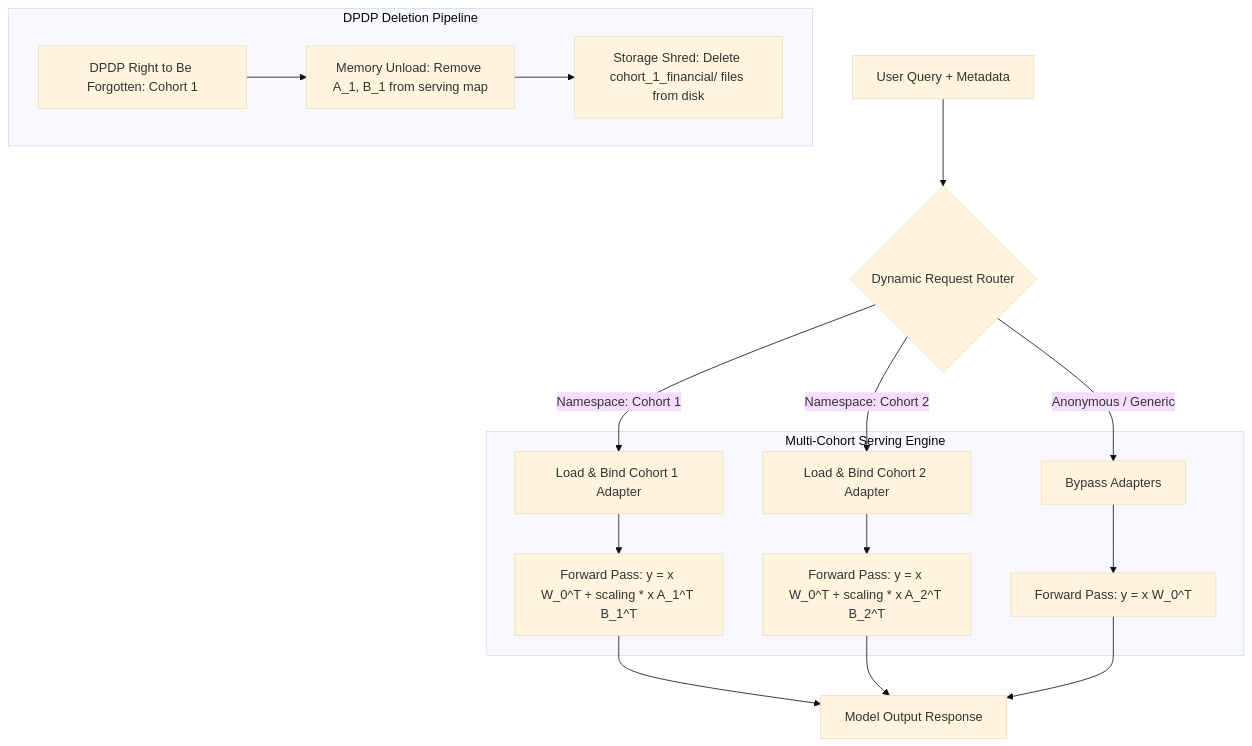
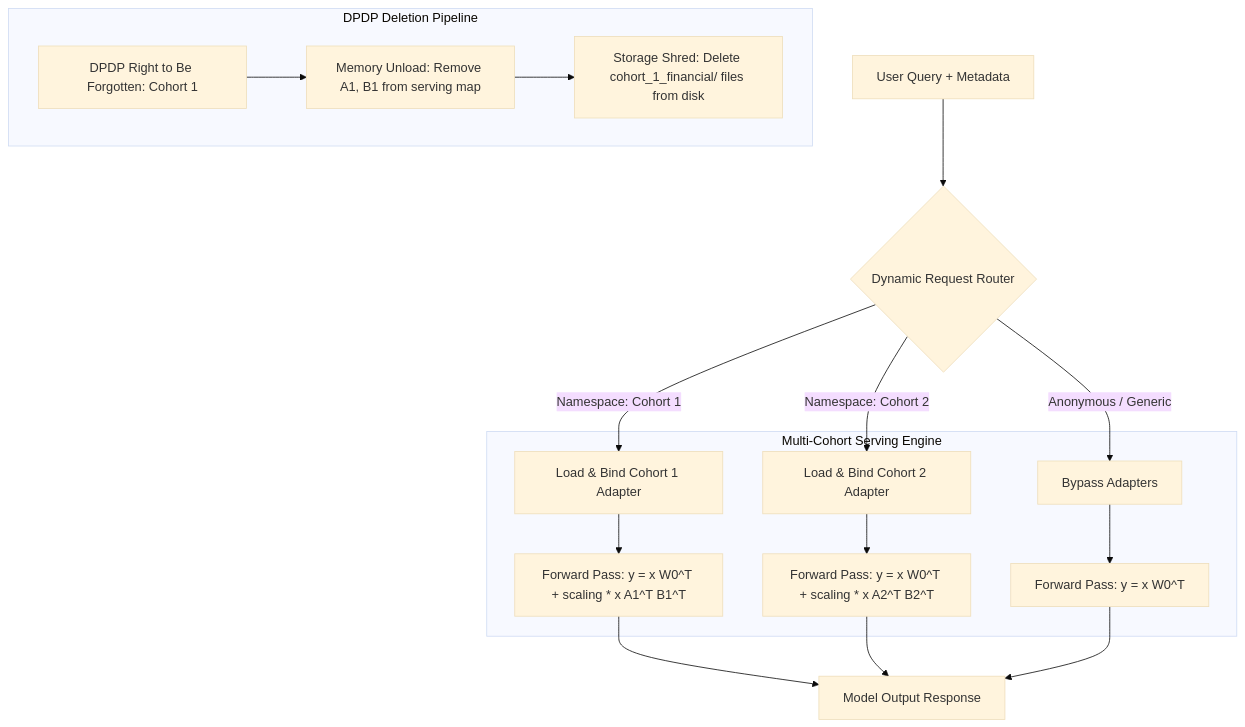
Before and after one commit to abhiavi/google-sovereign-portfolio: the diagram in track12_vertex_machine_unlearning/track12_vertex_machine_unlearning.md, drawn with Mermaid (base theme). The commit also changed other lines of this file, not shown here.

Commit message:
Fix Markdown rendering: escape underscores in LaTeX and repair Mermaid diagram

````diff
--- a/track12_vertex_machine_unlearning/track12_vertex_machine_unlearning.md
+++ b/track12_vertex_machine_unlearning/track12_vertex_machine_unlearning.md
@@ -75,22 +79,22 @@
 ```mermaid
 flowchart TD
-    UserQuery[User Query + Metadata] --> Router{Dynamic Request Router}
-    Router -->|Namespace: Cohort 1| ApplyC1[Load & Bind Cohort 1 Adapter]
-    Router -->|Namespace: Cohort 2| ApplyC2[Load & Bind Cohort 2 Adapter]
-    Router -->|Anonymous / Generic| ApplyBase[Bypass Adapters]
+    UserQuery["User Query + Metadata"] --> Router{"Dynamic Request Router"}
+    Router -->|Namespace: Cohort 1| ApplyC1["Load & Bind Cohort 1 Adapter"]
+    Router -->|Namespace: Cohort 2| ApplyC2["Load & Bind Cohort 2 Adapter"]
+    Router -->|Anonymous / Generic| ApplyBase["Bypass Adapters"]
     
-    subgraph Engine [Multi-Cohort Serving Engine]
-        ApplyC1 --> ForwardC1[Forward Pass: y = x W_0^T + scaling * x A_1^T B_1^T]
-        ApplyC2 --> ForwardC2[Forward Pass: y = x W_0^T + scaling * x A_2^T B_2^T]
-        ApplyBase --> ForwardBase[Forward Pass: y = x W_0^T]
+    subgraph Engine ["Multi-Cohort Serving Engine"]
+        ApplyC1 --> ForwardC1["Forward Pass: y = x W0^T + scaling * x A1^T B1^T"]
+        ApplyC2 --> ForwardC2["Forward Pass: y = x W0^T + scaling * x A2^T B2^T"]
+        ApplyBase --> ForwardBase["Forward Pass: y = x W0^T"]
     end
 
-    subgraph Pipeline [DPDP Deletion Pipeline]
-        DeletionRequest[DPDP Right to Be Forgotten: Cohort 1] --> Unload[Memory Unload: Remove A_1, B_1 from serving map]
-        Unload --> Shred[Storage Shred: Delete cohort_1_financial/ files from disk]
+    subgraph Pipeline ["DPDP Deletion Pipeline"]
+        DeletionRequest["DPDP Right to Be Forgotten: Cohort 1"] --> Unload["Memory Unload: Remove A1, B1 from serving map"]
+        Unload --> Shred["Storage Shred: Delete cohort_1_financial/ files from disk"]
     end
 
-    ForwardC1 --> Output[Model Output Response]
+    ForwardC1 --> Output["Model Output Response"]
     ForwardC2 --> Output
     ForwardBase --> Output
 ```
````
